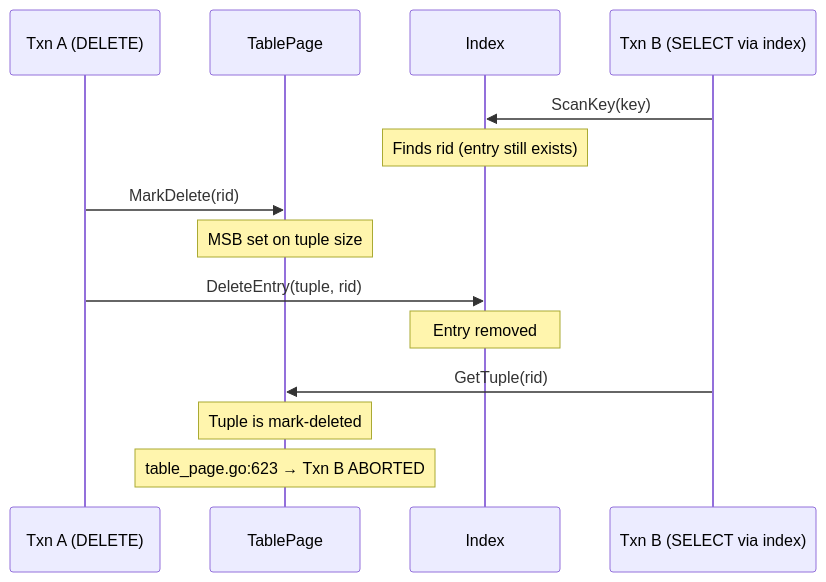
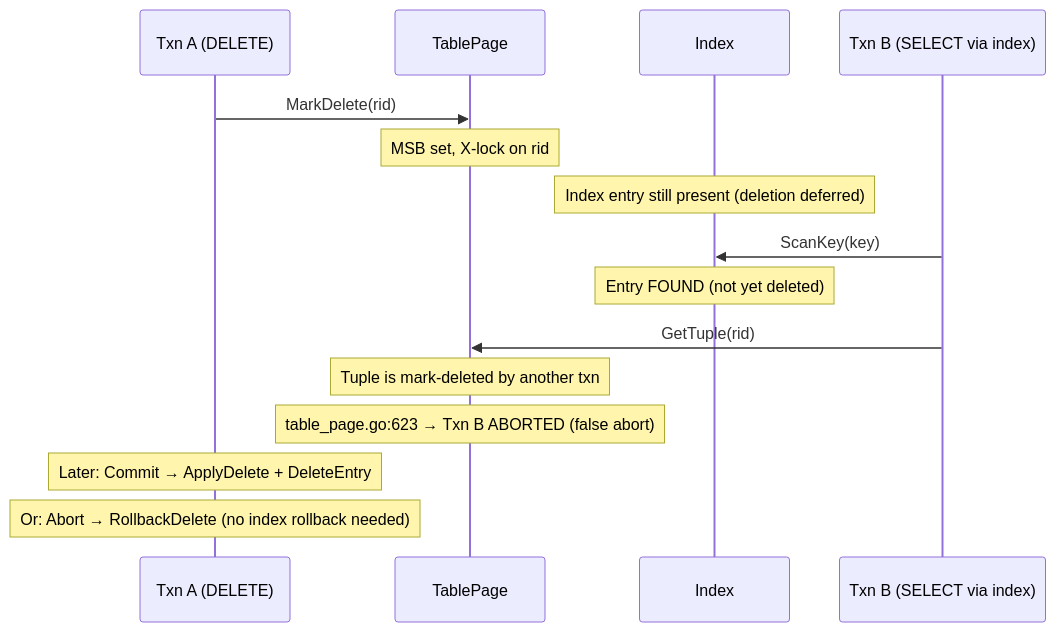
Before and after one commit to ryogrid/SamehadaDB: the third of 3 diagrams in impl_docs/about_cc/04_tuple_index_consistency.md, drawn with Mermaid. The commit also changed other lines of this file and 14 other files, not shown here.

````diff
--- a/impl_docs/about_cc/04_tuple_index_consistency.md
+++ b/impl_docs/about_cc/04_tuple_index_consistency.md
@@ -115,20 +118,21 @@
 ```mermaid
 sequenceDiagram
     participant TxnA as Txn A (DELETE)
     participant Table as TablePage
     participant Index as Index
     participant TxnB as Txn B (SELECT via index)
 
+    TxnA->>Table: MarkDelete(rid)
+    Note over Table: MSB set, X-lock on rid
+    Note over Index: Index entry still present (deletion deferred)
+
     TxnB->>Index: ScanKey(key)
-    Note over Index: Finds rid (entry still exists)
-
-    TxnA->>Table: MarkDelete(rid)
-    Note over Table: MSB set on tuple size
-
-    TxnA->>Index: DeleteEntry(tuple, rid)
-    Note over Index: Entry removed
+    Note over Index: Entry FOUND (not yet deleted)
 
     TxnB->>Table: GetTuple(rid)
-    Note over Table: Tuple is mark-deleted
-    Note over Table: table_page.go:623 → Txn B ABORTED
+    Note over Table: Tuple is mark-deleted by another txn
+    Note over Table: table_page.go:623 → Txn B ABORTED (false abort)
+
+    Note over TxnA: Later: Commit → ApplyDelete + DeleteEntry
+    Note over TxnA: Or: Abort → RollbackDelete (no index rollback needed)
 ```
````
